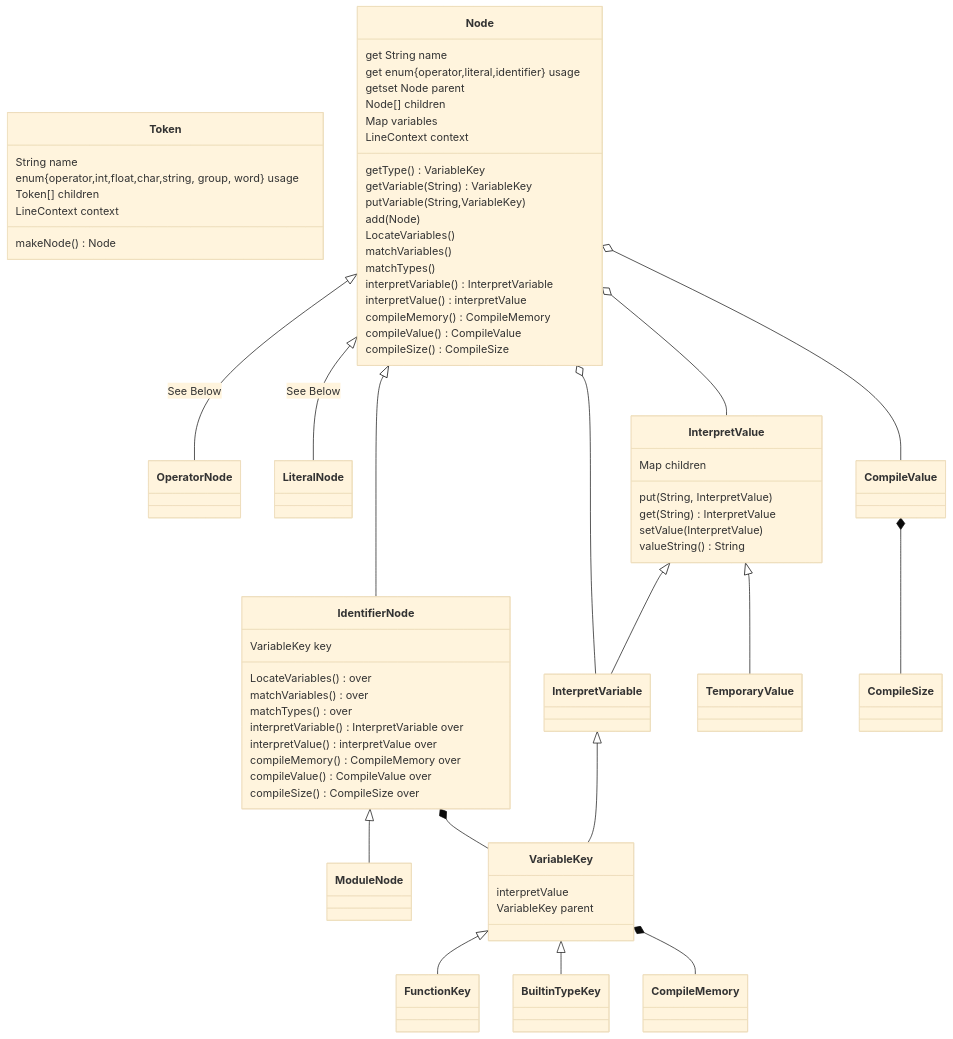
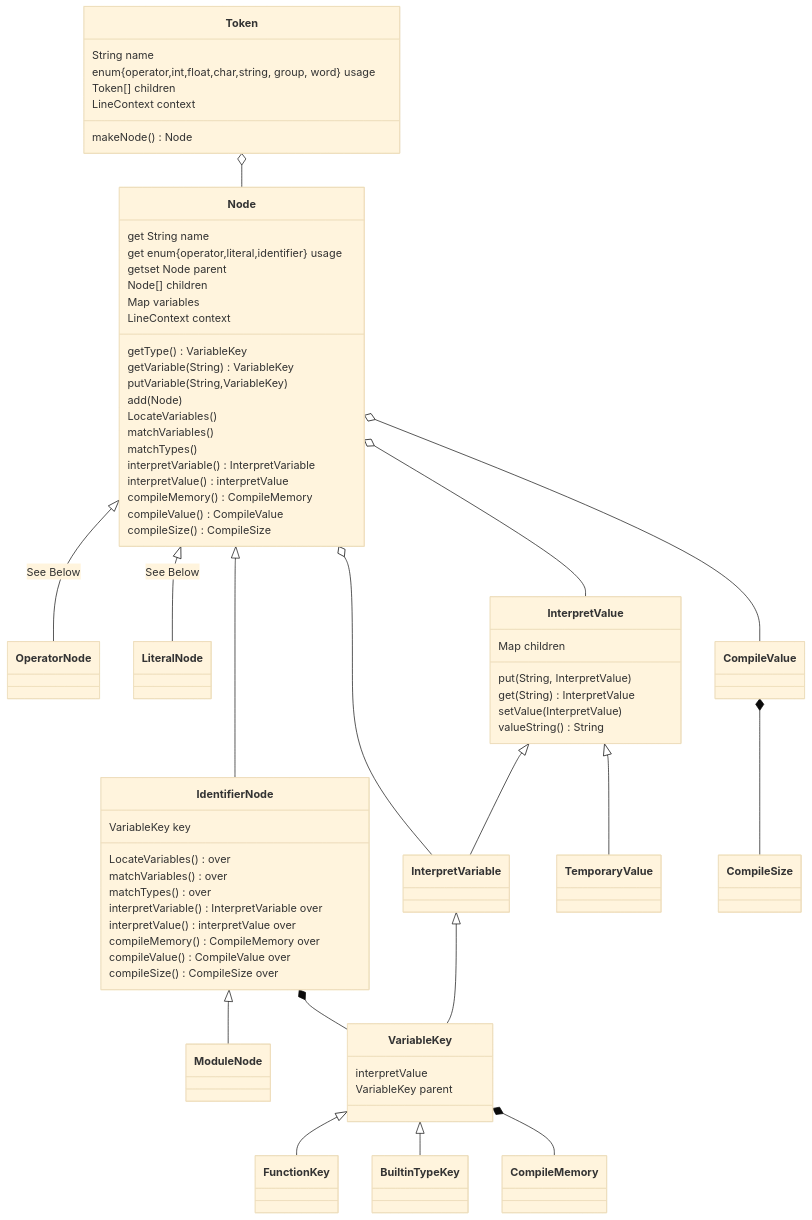
The first of 4 diagrams in Implementation.md (Jzhyang1/Monomer), drawn with Mermaid (base theme) before and after one commit. The commit also changed other lines of this file, not shown here.

Commit message:
Implementation.md updated from https://stackedit.io/

````diff
--- a/Implementation.md
+++ b/Implementation.md
@@ -59,64 +59,64 @@
 ```mermaid
 classDiagram
-class Token
+Token o-- Node
 
 Node <|-- OperatorNode: See Below
 Node <|-- LiteralNode: See Below
 Node <|-- IdentifierNode
 Node o-- InterpretVariable
 Node o-- InterpretValue
 IdentifierNode <|-- ModuleNode
 IdentifierNode *-- VariableKey
 VariableKey <|-- FunctionKey
 VariableKey <|-- BuiltinTypeKey
 VariableKey *-- CompileMemory
 InterpretValue <|-- InterpretVariable
 InterpretValue <|-- TemporaryValue
 InterpretVariable <|-- VariableKey
 CompileValue *-- CompileSize
 Node o-- CompileValue
 
 Token: String name
 Token: enum{operator,int,float,char,string, group, word} usage
 Token: Token[] children
 Token: LineContext context
 Token: makeNode() Node
 
 Node: get String name
 Node: get enum{operator,literal,identifier} usage
 Node: getset Node parent
 Node: Node[] children
 Node: Map<String, VariableKey> variables
 Node: LineContext context
 Node: getType() VariableKey
 Node: getVariable(String) VariableKey
 Node: putVariable(String,VariableKey)
 Node: add(Node)
 Node: LocateVariables()
 Node: matchVariables()
 Node: matchTypes()
 Node: interpretVariable() InterpretVariable
 Node: interpretValue() interpretValue
 Node: compileMemory() CompileMemory
 Node: compileValue() CompileValue
 Node: compileSize() CompileSize
 
 IdentifierNode: VariableKey key
 IdentifierNode: LocateVariables() over
 IdentifierNode: matchVariables() over
 IdentifierNode: matchTypes() over
 IdentifierNode: interpretVariable() InterpretVariable over
 IdentifierNode: interpretValue() interpretValue over
 IdentifierNode: compileMemory() CompileMemory over
 IdentifierNode: compileValue() CompileValue over
 IdentifierNode: compileSize() CompileSize over
 
 InterpretValue: Map<String, InterpretValue> children
 InterpretValue: put(String, InterpretValue)
 InterpretValue: get(String) InterpretValue
 InterpretValue: setValue(InterpretValue)
 InterpretValue: valueString() String
 
 VariableKey: interpretValue
 VariableKey: VariableKey parent
 ```
````
